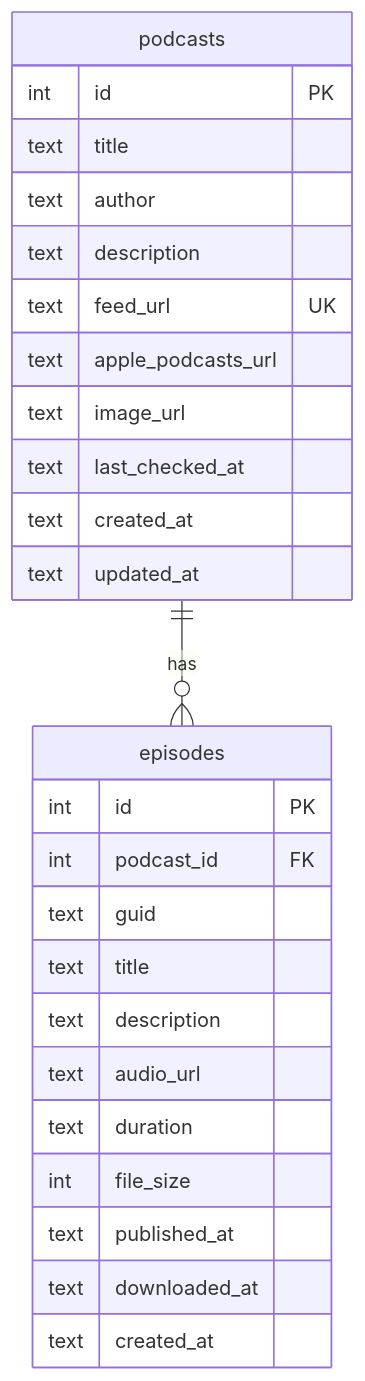
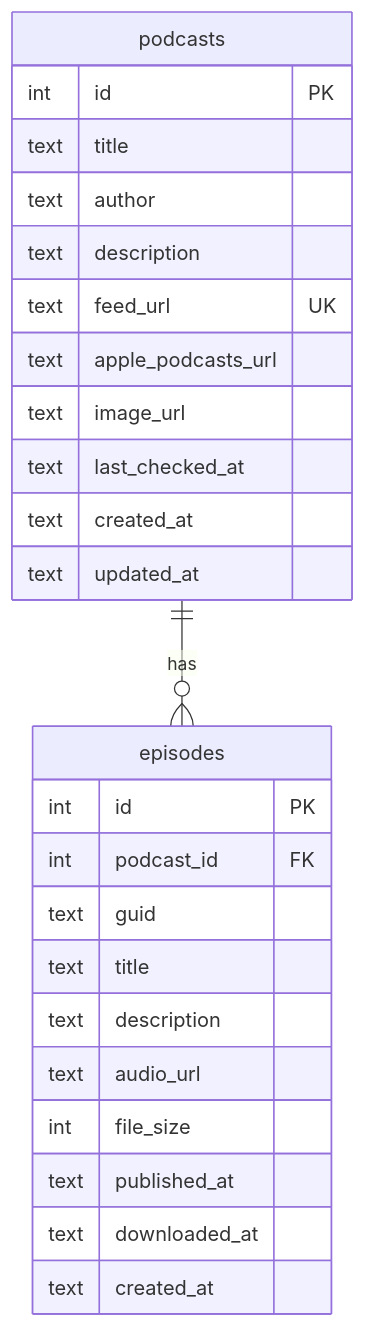
The first of 5 diagrams in docs/03-data-design.md (zenbo/podcast-downloader), drawn with Mermaid before and after one commit. The commit also changed other lines of this file and 13 other files, not shown here.

````diff
--- a/docs/03-data-design.md
+++ b/docs/03-data-design.md
@@ -16,29 +16,28 @@
 ```mermaid
 erDiagram
     podcasts ||--o{ episodes : "has"
     podcasts {
         int id PK
         text title
         text author
         text description
         text feed_url UK
         text apple_podcasts_url
         text image_url
         text last_checked_at
         text created_at
         text updated_at
     }
     episodes {
         int id PK
         int podcast_id FK
         text guid
         text title
         text description
         text audio_url
-        text duration
         int file_size
         text published_at
         text downloaded_at
         text created_at
     }
 ```
````
